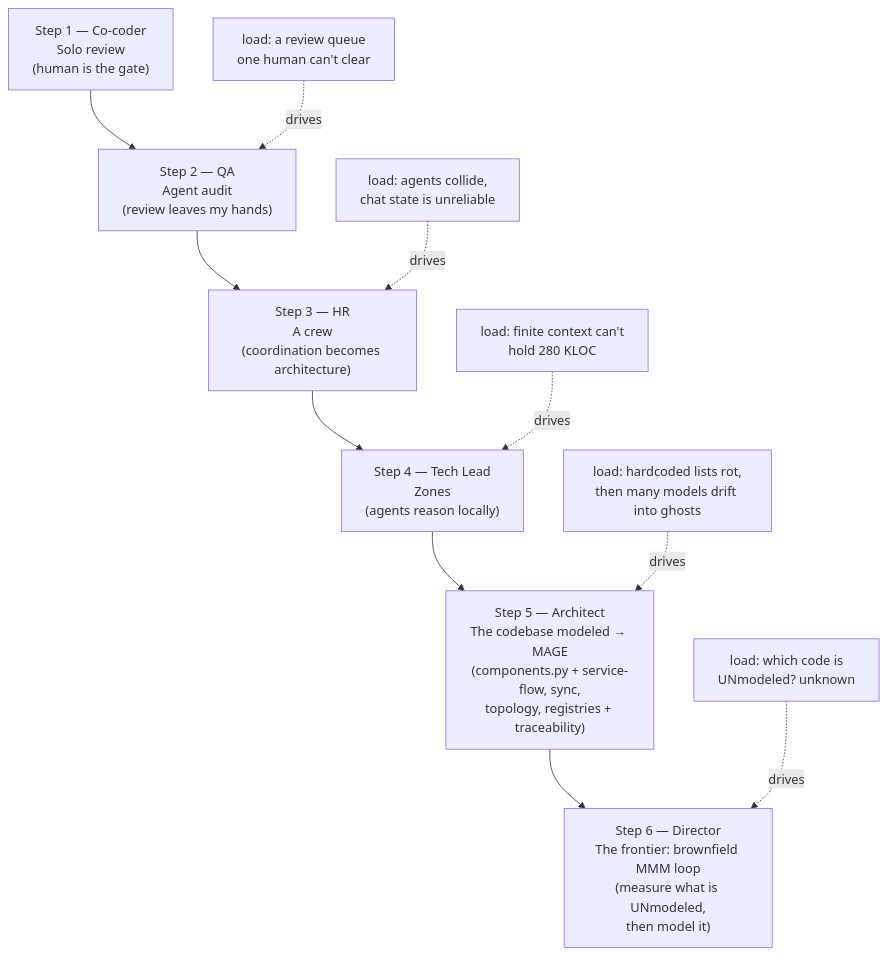
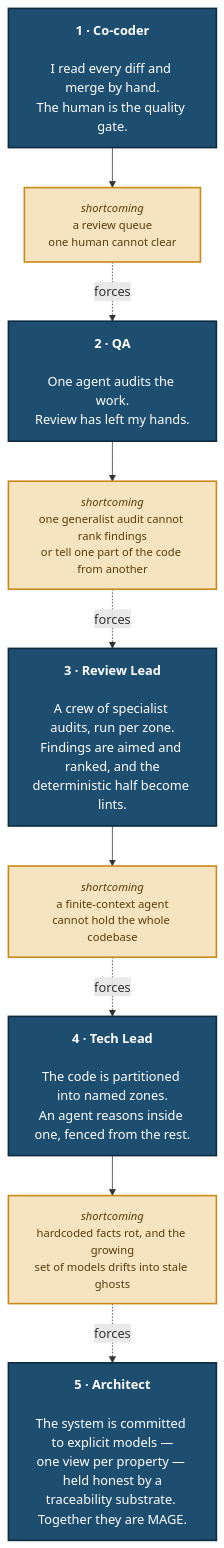
One commit to davisjam/agent-governance-mechanisms changed the diagram in book/part5/5.4-the-road-to-mage.md. Above: the diagram before and after it, drawn with Mermaid. The commit also changed other lines of this file and 6 other files, not shown here.

````diff
--- a/book/part5/5.4-the-road-to-mage.md
+++ b/book/part5/5.4-the-road-to-mage.md
@@ -276,14 +294,23 @@
 ```mermaid
 flowchart TD
-  S1["Step 1 — Co-coder<br/>Solo review<br/>(human is the gate)"] --> S2
-  S2["Step 2 — QA<br/>Agent audit<br/>(review leaves my hands)"] --> S3
-  S3["Step 3 — HR<br/>A crew<br/>(coordination becomes architecture)"] --> S4
-  S4["Step 4 — Tech Lead<br/>Zones<br/>(agents reason locally)"] --> S5
-  S5["Step 5 — Architect<br/>The codebase modeled → MAGE<br/>(components.py + service-flow, sync,<br/>topology, registries + traceability)"] --> S6
-  S6["Step 6 — Director<br/>The frontier: brownfield MMM loop<br/>(measure what is UNmodeled,<br/>then model it)"]
-  L1["load: a review queue<br/>one human can't clear"] -.drives.-> S2
-  L2["load: agents collide,<br/>chat state is unreliable"] -.drives.-> S3
-  L3["load: finite context can't<br/>hold 280 KLOC"] -.drives.-> S4
-  L4["load: hardcoded lists rot,<br/>then many models drift into ghosts"] -.drives.-> S5
-  L5["load: which code is<br/>UNmodeled? unknown"] -.drives.-> S6
+  S1["<b>1 · Co-coder</b><br/><br/>I read every diff and merge by hand.<br/>The human is the quality gate."]
+  S2["<b>2 · QA</b><br/><br/>One agent audits the work.<br/>Review has left my hands."]
+  S3["<b>3 · Review Lead</b><br/><br/>A crew of specialist audits, run per zone.<br/>Findings are aimed and ranked, and the<br/>deterministic half become lints."]
+  S4["<b>4 · Tech Lead</b><br/><br/>The code is partitioned into named zones.<br/>An agent reasons inside one, fenced from the rest."]
+  S5["<b>5 · Architect</b><br/><br/>The system is committed to explicit models —<br/>one view per property — held honest by a<br/>traceability substrate. Together they are MAGE."]
+
+  G1["<i>shortcoming</i><br/>a review queue<br/>one human cannot clear"]
+  G2["<i>shortcoming</i><br/>one generalist audit cannot rank findings<br/>or tell one part of the code from another"]
+  G3["<i>shortcoming</i><br/>a finite-context agent<br/>cannot hold the whole codebase"]
+  G4["<i>shortcoming</i><br/>hardcoded facts rot, and the growing<br/>set of models drifts into stale ghosts"]
+
+  S1 --> G1 -.forces.-> S2
+  S2 --> G2 -.forces.-> S3
+  S3 --> G3 -.forces.-> S4
+  S4 --> G4 -.forces.-> S5
+
+  classDef rung fill:#1d4e6f,stroke:#0d2c40,stroke-width:2px,color:#ffffff,font-size:16px;
+  classDef gap fill:#f6e4c1,stroke:#c98a1a,stroke-width:2px,color:#5a3b0a,font-size:14px;
+  class S1,S2,S3,S4,S5 rung;
+  class G1,G2,G3,G4 gap;
 ```
````
